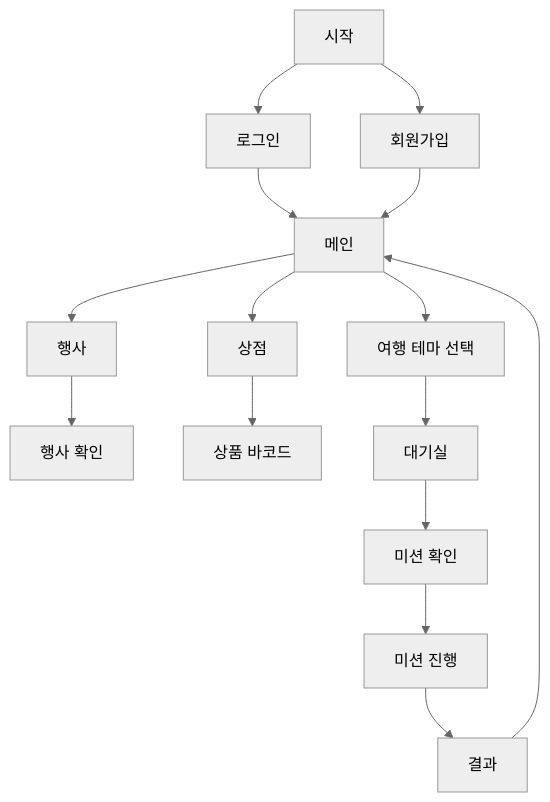
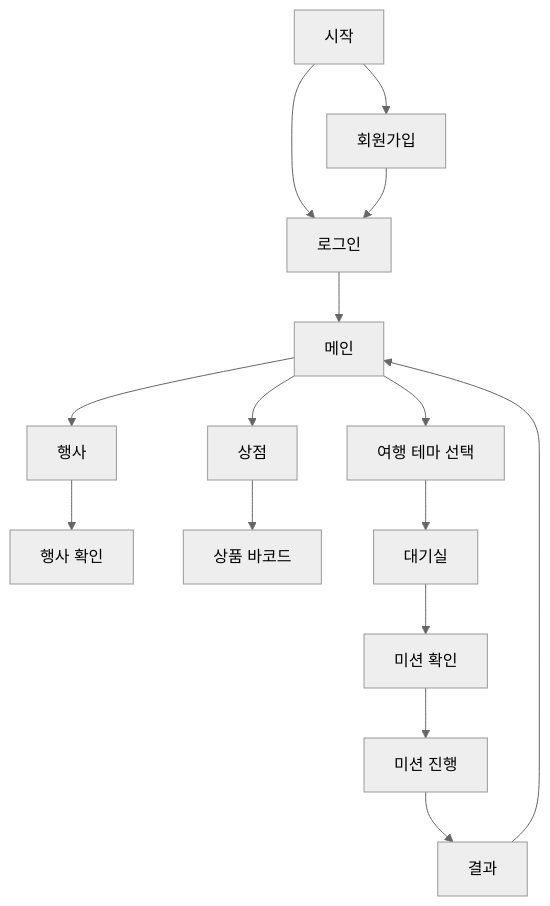
Before and after one commit to ReactNative-Tripting/.github: the diagram in profile/README.md, drawn with Mermaid (neutral theme).

````diff
--- a/profile/README.md
+++ b/profile/README.md
@@ -24,17 +24,17 @@
 ```mermaid
 graph TD
     A[시작] --> B[로그인]
     A --> C[회원가입]
     B --> D[메인]
-    C --> D
+    C --> B
     D --> E[행사]
     E --> L[행사 확인]
     D --> F[상점]
     F --> J[상품 바코드]
     D --> G[여행 테마 선택]
     G --> H[대기실]
     H --> I[미션 확인]
     I --> N[미션 진행]
     N --> K[결과]
     K --> D
 ```
````
